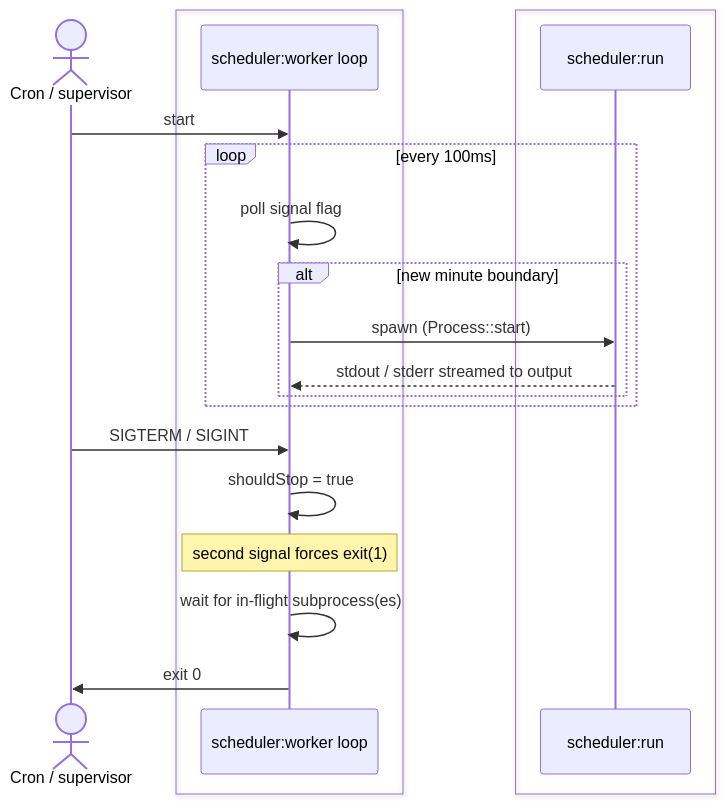
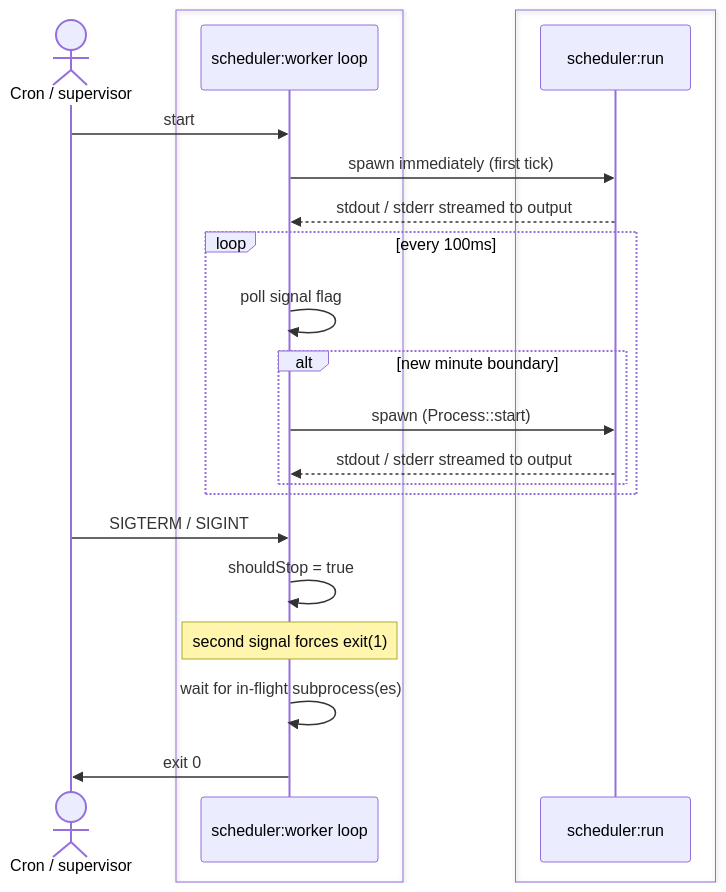
One commit to orisai/scheduler changed the third of 3 diagrams in docs/README.md. Above: the diagram before and after it, drawn with Mermaid. The commit also changed other lines of this file and 5 other files, not shown here.

````diff
--- a/docs/README.md
+++ b/docs/README.md
@@ -1033,24 +1035,26 @@
 ```mermaid
 sequenceDiagram
 	actor Cron as Cron / supervisor
 	box #96c3f5 Worker process (parent)
 	participant W as scheduler:worker loop
 	end
 	box #f5b482 Subprocess (spawned every minute)
 	participant R as scheduler:run
 	end
 
 	Cron->>W: start
+	W->>R: spawn immediately (first tick)
+	R-->>W: stdout / stderr streamed to output
 	loop every 100ms
 		W->>W: poll signal flag
 		alt new minute boundary
 			W->>R: spawn (Process::start)
 			R-->>W: stdout / stderr streamed to output
 		end
 	end
 	Cron->>W: SIGTERM / SIGINT
 	W->>W: shouldStop = true
 	Note over W: second signal forces exit(1)
 	W->>W: wait for in-flight subprocess(es)
 	W->>Cron: exit 0
 ```
````
